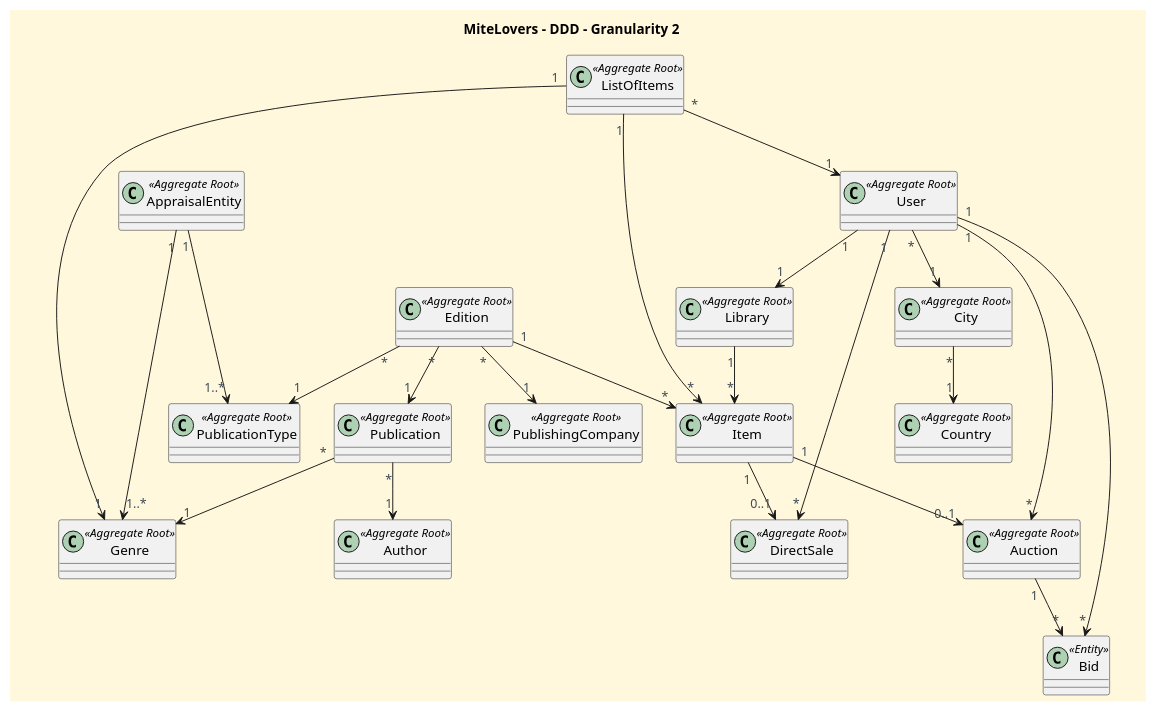
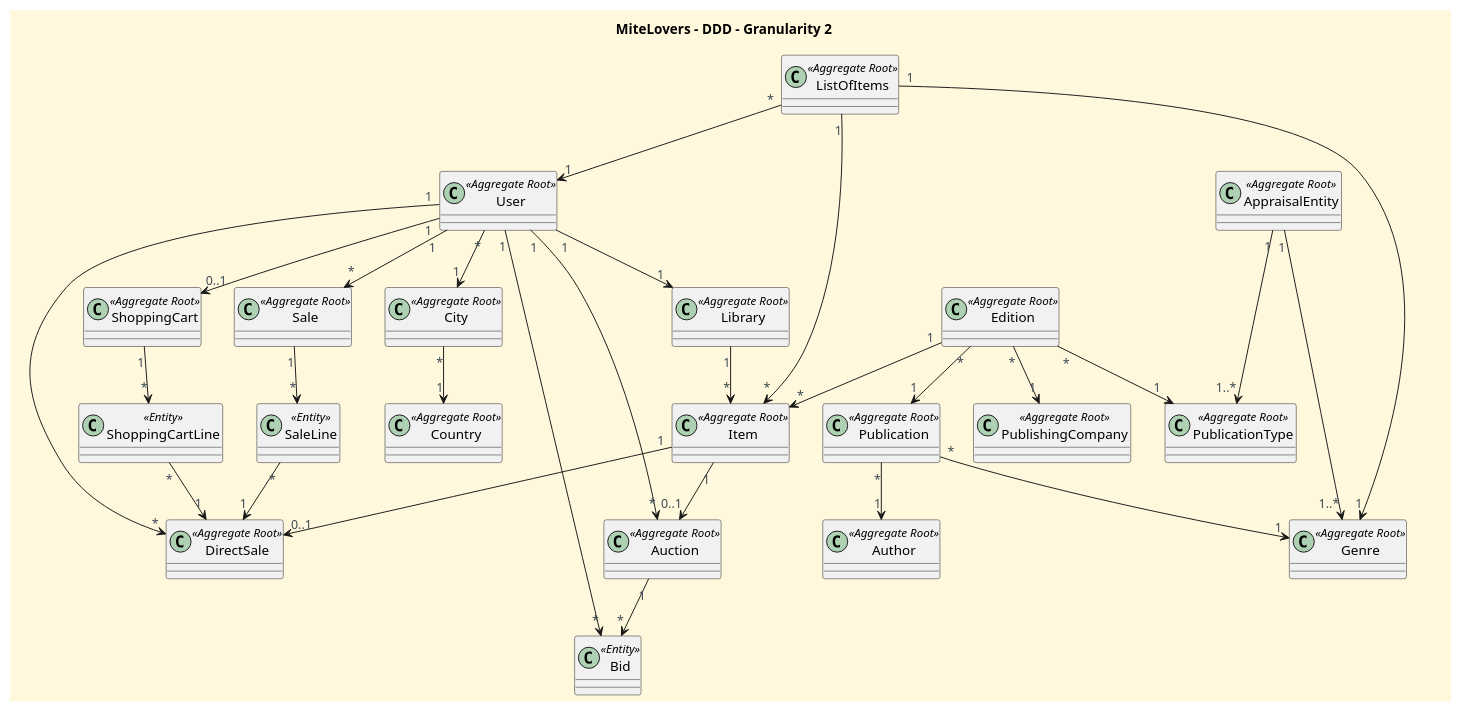
The diagram in docs/global-artifacts/DDD-G2.puml (CarolinaLeite-collab/JavaMarketplacePlatform), drawn with PlantUML before and after one commit. The commit also changed 2 other files, not shown here.

Commit message:
docs: Update the DDD documentation to include the new ShoppingCart and Sale concepts required for US058. #1050

```diff
--- a/docs/global-artifacts/DDD-G2.puml
+++ b/docs/global-artifacts/DDD-G2.puml
@@ -1,94 +1,109 @@
 @startuml
 'https://plantuml.com/class-diagram
 
 '==== Title ====
 title MiteLovers – DDD - Granularity 2
 top to bottom direction
 
 '==== basic style ====
 
 'hides unwanted text
 
 skinparam monochrome false
 
 skinparam monochrome false
 skinparam shadowing false
 skinparam defaultFontName Futura
 skinparam objectFontSize 20
 skinparam backgroundColor CornSilk
 skinparam objectBackgroundColor WhiteSmoke
 skinparam noteBackgroundColor #FFFFE0
 skinparam ArrowFontColor #3B4953
 skinparam ActivationBackgroundColor black
 skinparam classAttributeIconSize 0
 
 '--- undefined objects ---'
 skinparam object {
   BackgroundColor<<highlight>> 91C6BCAA
   BorderColor<<highlight>> 4B9DA9AA
   FontColor<<highlight>> 547792AA
 }
 skinparam shadowing<<highlight>> false
 
 '--- Objects - Aggregate Roots ---'
 
 
 class User <<Aggregate Root>>
 class Library <<Aggregate Root>> {}
 class ListOfItems <<Aggregate Root>> {}
 class Item <<Aggregate Root>> {}
 class City <<Aggregate Root>> {}
 class Country <<Aggregate Root>> {}
 class DirectSale <<Aggregate Root>> {}
 class Auction <<Aggregate Root>> {}
 class Bid <<Entity>> {}
 class Edition <<Aggregate Root>> {}
 class PublishingCompany <<Aggregate Root>> {}
 class Publication <<Aggregate Root>> {}
 class Author <<Aggregate Root>> {}
 class PublicationType <<Aggregate Root>>  {}
 class Genre <<Aggregate Root>> {}
 class AppraisalEntity <<Aggregate Root>> {}
+class ShoppingCart <<Aggregate Root>> {}
+class ShoppingCartLine <<Entity>> {}
+class Sale <<Aggregate Root>> {}
+class SaleLine <<Entity>> {}
+
 
 '=== Correlations ==='
 
 '--- Edition ---'
 Edition "*" --> "1" PublishingCompany
 Edition "*" --> "1" Publication
 Edition "1" --> "*" Item
 Edition "*" --> "1" PublicationType
 
 '--- Item ---'
 Library "1" --> "*" Item
 ListOfItems "1" --> "*" Item
 
 '--- ListOfItems ---'
 ListOfItems "*" --> "1" User
 ListOfItems "1" --> "1" Genre
 
 '--- User ---'
 User "*" --> "1" City
 User "1" --> "1" Library
 User "1" --> "*" Bid
 User "1" --> "*" Auction
 User "1" --> "*" DirectSale
 
 '--- Publication ---'
 Publication "*" --> "1" Author
 Publication "*" --> "1" Genre
 
 '--- AppraisalEntity ---'
 AppraisalEntity "1" --> "1..*" PublicationType
 AppraisalEntity "1" ----> "1..*" Genre
 
 '--- Listing ---'
 Item "1" --> "0..1" Auction
 Item "1" --> "0..1" DirectSale
 Auction "1" --> "*" Bid
 
 '--- City ---'
 City "*" --> "1" Country
 
+'--- ShoppingCart ---'
+User "1" --> "0..1" ShoppingCart
+ShoppingCart "1" --> "*" ShoppingCartLine
+ShoppingCartLine "*" --> "1" DirectSale
+
+'--- Sale ---'
+User "1" --> "*" Sale
+Sale "1" --> "*" SaleLine
+SaleLine "*" --> "1" DirectSale
+
 
 
 @enduml
```
